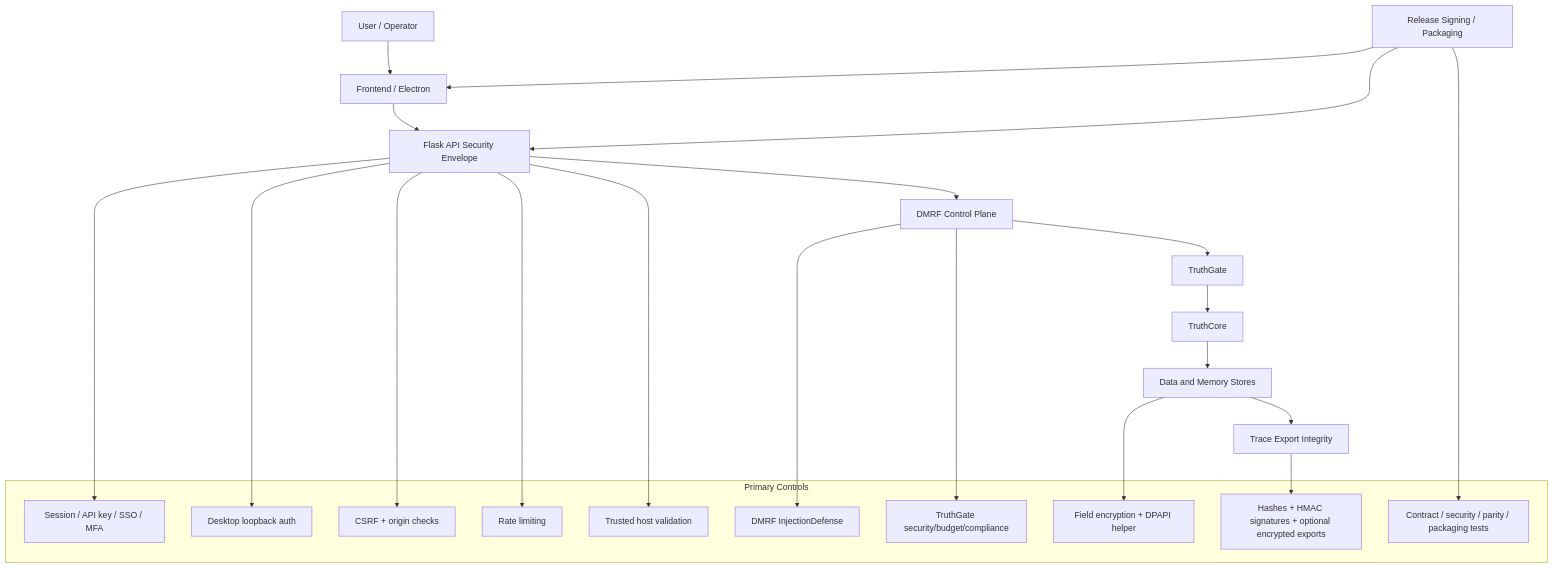
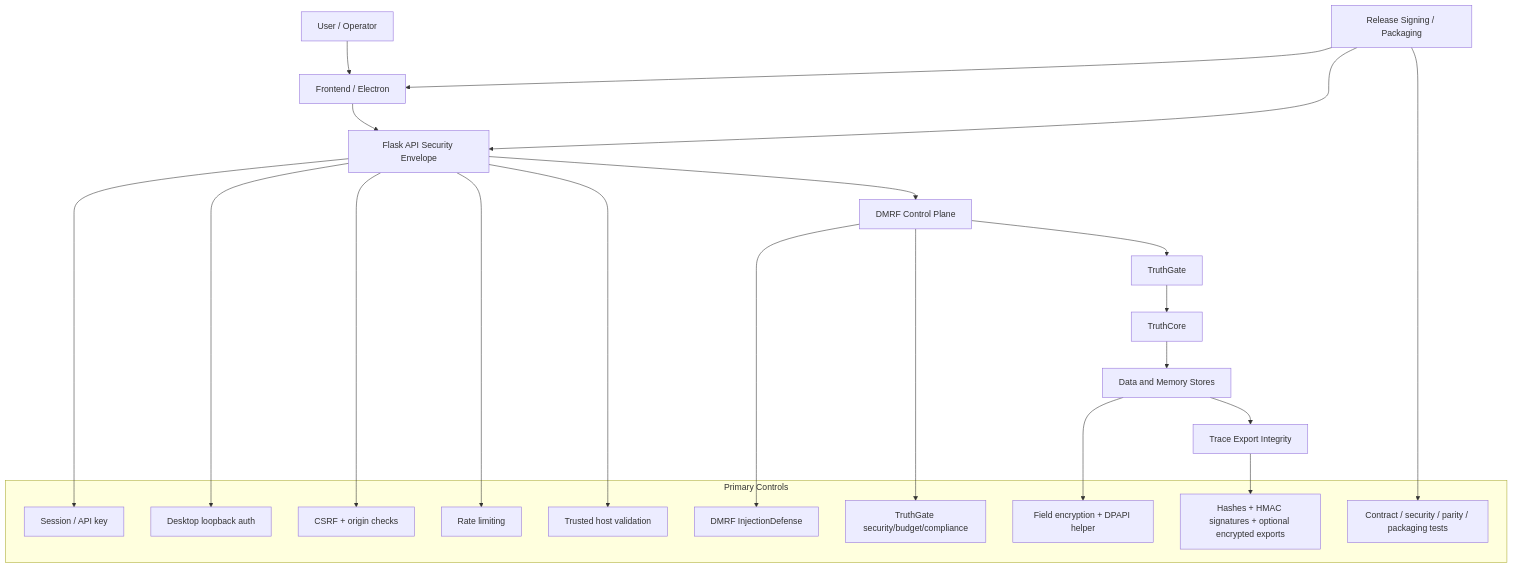
One commit to kherrera6219/DataLogicEngine changed the diagram in docs/SECURITY.md. Above: the diagram before and after it, drawn with Mermaid. The commit also changed other lines of this file and 3 other files, not shown here.

First line of the commit message:
docs: content review — remove removed SSO/OIDC/MFA/tenant-isolation descriptions

````diff
--- a/docs/SECURITY.md
+++ b/docs/SECURITY.md
@@ -47,46 +47,46 @@
 ```mermaid
 flowchart TD
     User[User / Operator]
     FE[Frontend / Electron]
     API[Flask API Security Envelope]
     DMRF[DMRF Control Plane]
     TruthGate[TruthGate]
     TruthCore[TruthCore]
     Data[Data and Memory Stores]
     Export[Trace Export Integrity]
     Release[Release Signing / Packaging]
 
     User --> FE
     FE --> API
     API --> DMRF
     DMRF --> TruthGate
     TruthGate --> TruthCore
     TruthCore --> Data
     Data --> Export
     Release --> FE
     Release --> API
 
     subgraph Controls[Primary Controls]
-        Auth[Session / API key / SSO / MFA]
+        Auth[Session / API key]
         Desktop[Desktop loopback auth]
         CSRF[CSRF + origin checks]
         Rate[Rate limiting]
         Hosts[Trusted host validation]
         Injection[DMRF InjectionDefense]
         Gate[TruthGate security/budget/compliance]
         Encryption[Field encryption + DPAPI helper]
         Integrity[Hashes + HMAC signatures + optional encrypted exports]
         Tests[Contract / security / parity / packaging tests]
     end
 
     API --> Auth
     API --> Desktop
     API --> CSRF
     API --> Rate
     API --> Hosts
     DMRF --> Injection
     DMRF --> Gate
     Data --> Encryption
     Export --> Integrity
     Release --> Tests
 ```
````
